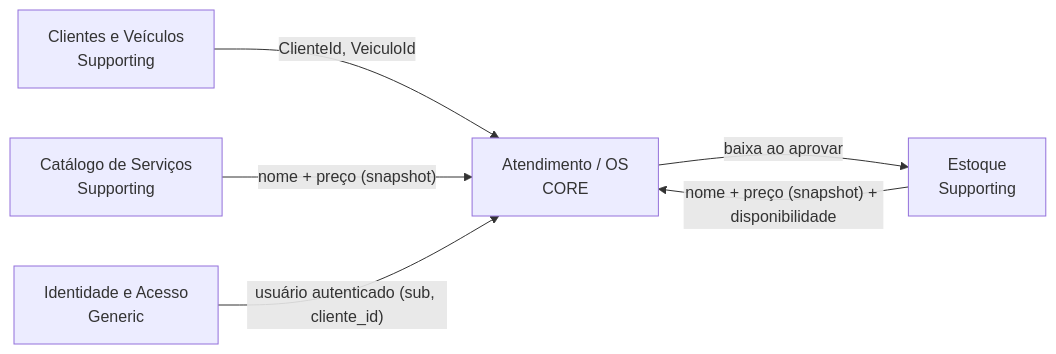
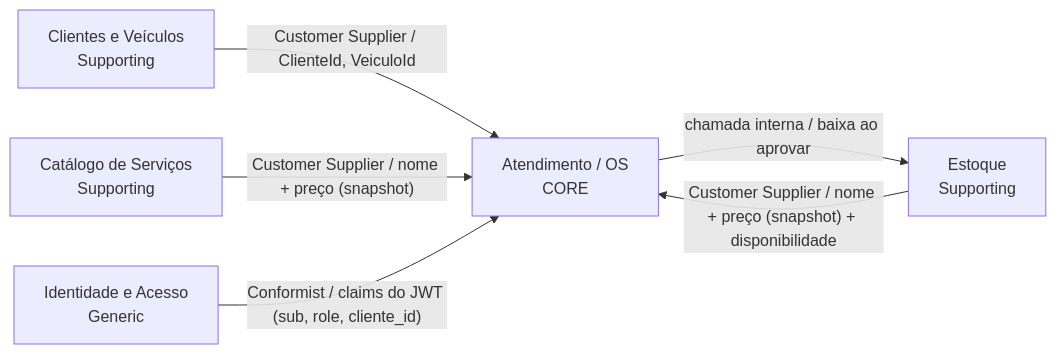
Before and after one commit to danielcruzdev/oficina-mecanica-soat: the diagram in docs/ddd/linguagem-ubiqua.md, drawn with Mermaid. The commit also changed other lines of this file and 3 other files, not shown here.

````diff
--- a/docs/ddd/linguagem-ubiqua.md
+++ b/docs/ddd/linguagem-ubiqua.md
@@ -15,13 +15,13 @@
 ```mermaid
 flowchart LR
     ID[Identidade e Acesso<br/>Generic]
     CV[Clientes e Veículos<br/>Supporting]
     CAT[Catálogo de Serviços<br/>Supporting]
     EST[Estoque<br/>Supporting]
     OS[Atendimento / OS<br/>CORE]
-    CV -- "ClienteId, VeiculoId" --> OS
-    CAT -- "nome + preço (snapshot)" --> OS
-    EST -- "nome + preço (snapshot) + disponibilidade" --> OS
-    OS -- "baixa ao aprovar" --> EST
-    ID -- "usuário autenticado (sub, cliente_id)" --> OS
+    CV -- "Customer Supplier / ClienteId, VeiculoId" --> OS
+    CAT -- "Customer Supplier / nome + preço (snapshot)" --> OS
+    EST -- "Customer Supplier / nome + preço (snapshot) + disponibilidade" --> OS
+    OS -- "chamada interna / baixa ao aprovar" --> EST
+    ID -- "Conformist / claims do JWT (sub, role, cliente_id)" --> OS
 ```
````
